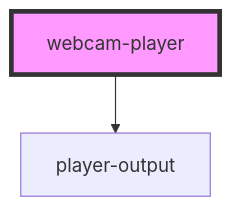
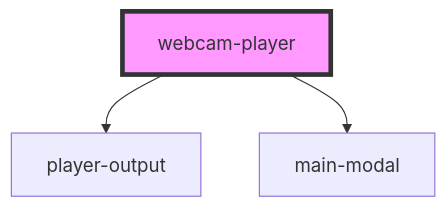
Before and after one commit to we5a/components-set: the diagram in src/components/webcam-player/readme.md, drawn with Mermaid. The commit also changed other lines of this file and 3 other files, not shown here.

````diff
--- a/src/components/webcam-player/readme.md
+++ b/src/components/webcam-player/readme.md
@@ -22,5 +23,6 @@
 ```mermaid
 graph TD;
   webcam-player --> player-output
+  webcam-player --> main-modal
   style webcam-player fill:#f9f,stroke:#333,stroke-width:4px
 ```
````
